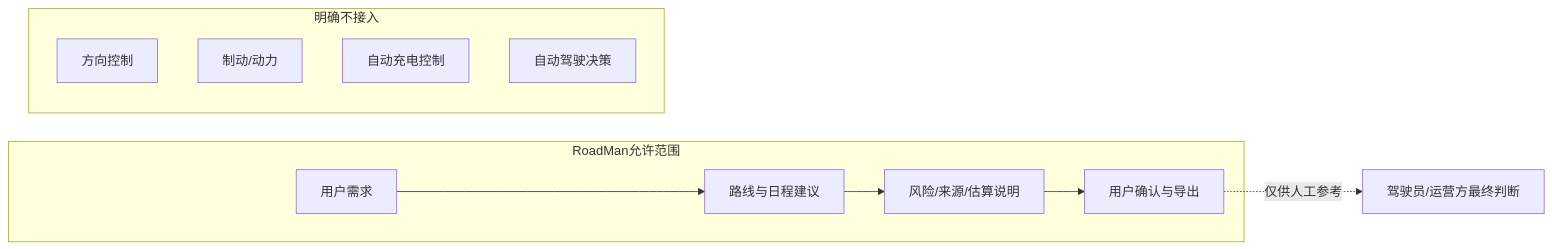
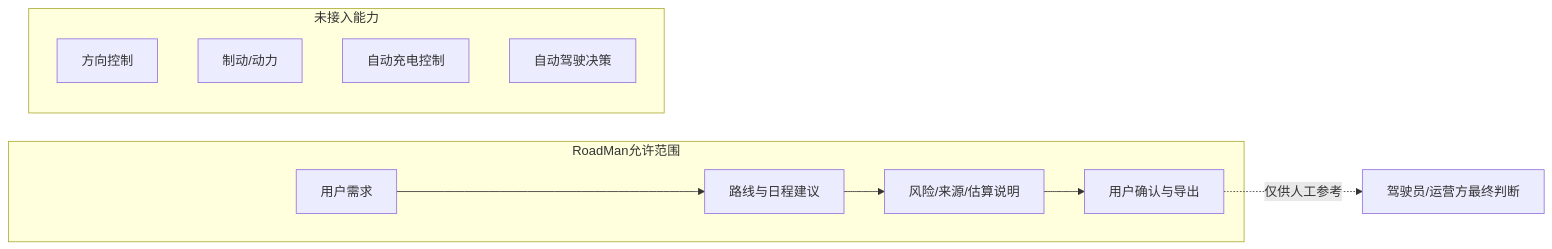
One commit to pigz2538/RoadMan-Public changed the first of 3 diagrams in submission/GOAI_Boundless_Agents/semifinal/04_安全边界与诚实降级展示.md. Above: the diagram before and after it, drawn with Mermaid. The commit also changed other lines of this file and 15 other files, not shown here.

````diff
--- a/submission/GOAI_Boundless_Agents/semifinal/04_安全边界与诚实降级展示.md
+++ b/submission/GOAI_Boundless_Agents/semifinal/04_安全边界与诚实降级展示.md
@@ -7,15 +7,15 @@
 ```mermaid
 flowchart LR
     subgraph RoadMan允许范围
         A[用户需求] --> B[路线与日程建议]
         B --> C[风险/来源/估算说明]
         C --> D[用户确认与导出]
     end
-    subgraph 明确不接入
+    subgraph 未接入能力
         E[方向控制]
         F[制动/动力]
         G[自动充电控制]
         H[自动驾驶决策]
     end
     D -. 仅供人工参考 .-> I[驾驶员/运营方最终判断]
 ```
````
